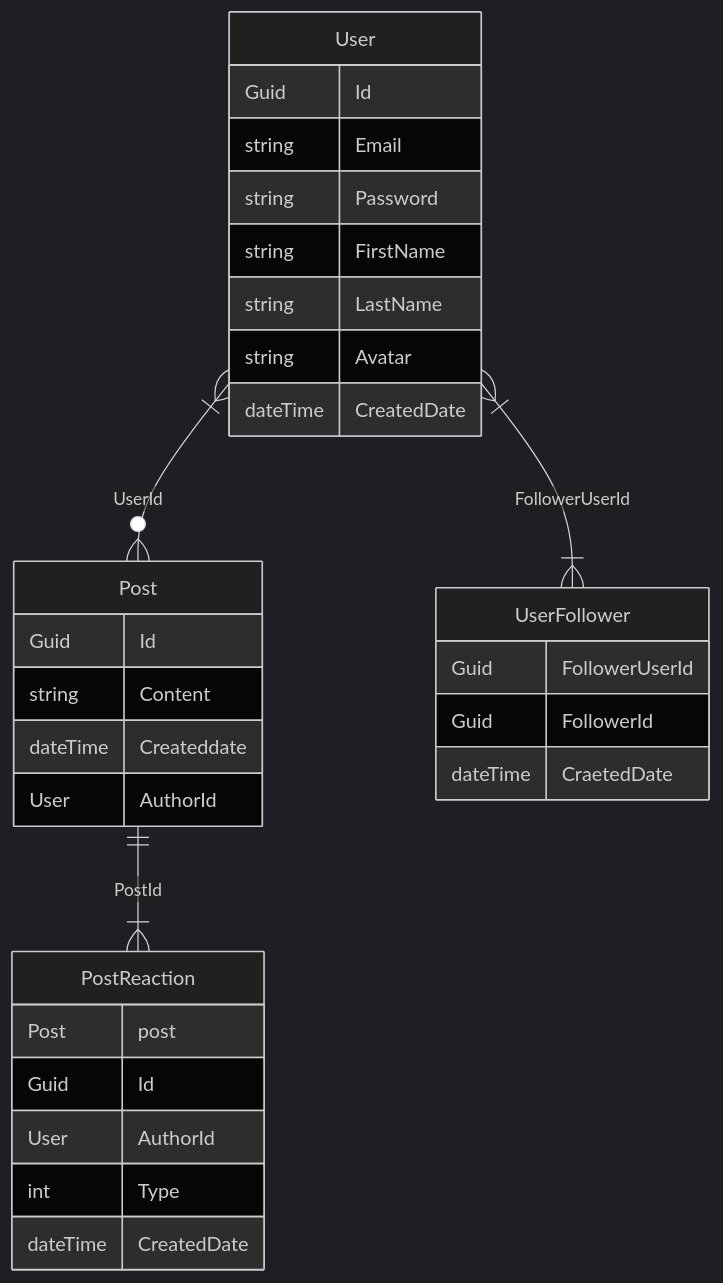
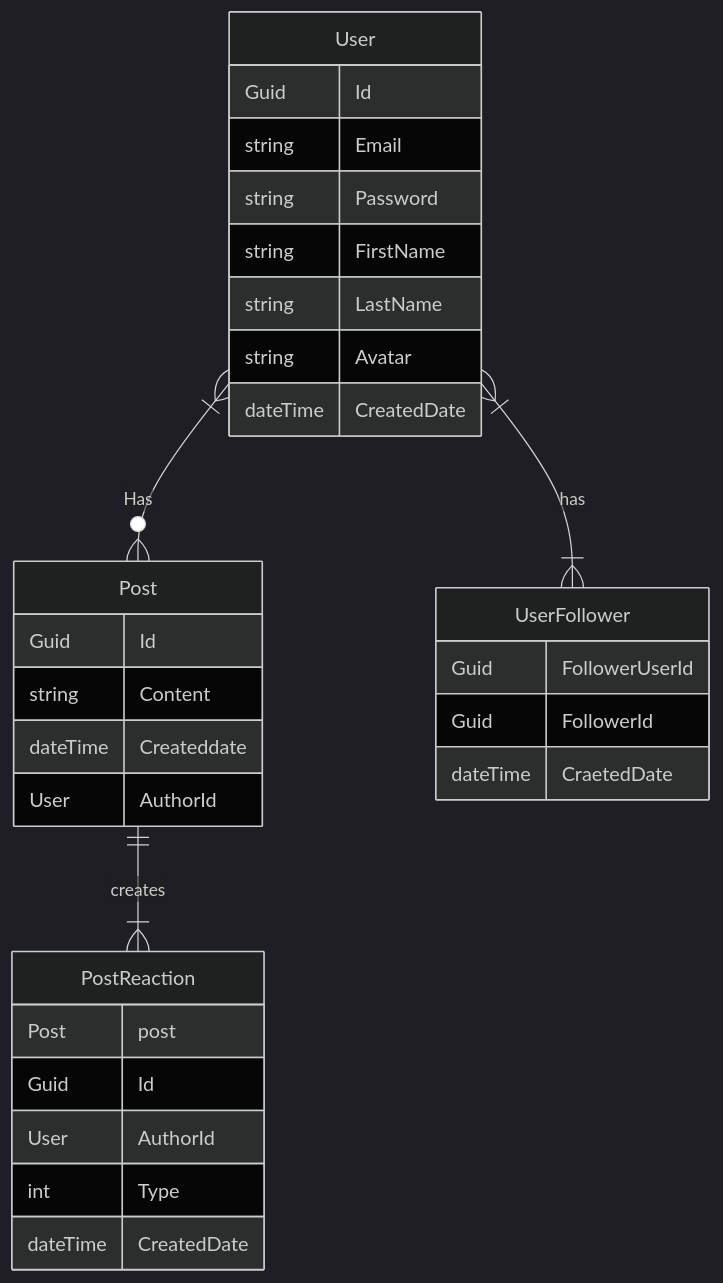
One commit to sobuse/InstagramClone changed the diagram in src/InstagramClone.Api/Entities/InstagramClone.md. Above: the diagram before and after it, drawn with Mermaid (dark theme).

````diff
--- a/src/InstagramClone.Api/Entities/InstagramClone.md
+++ b/src/InstagramClone.Api/Entities/InstagramClone.md
@@ -3,38 +3,38 @@
 ```mermaid
 erDiagram
 
-    User |{--o{Post:UserId
-    Post ||--|{PostReaction: PostId
-    User}|--|{UserFollower: FollowerUserId
+    User |{--o{Post:Has
+    Post ||--|{PostReaction: creates 
+    User}|--|{UserFollower: has 
     User{
        Guid Id
        string Email
        string Password
        string FirstName
        string LastName
        string Avatar
        dateTime CreatedDate
     }
 
     UserFollower{
         Guid FollowerUserId
         Guid FollowerId
         dateTime CraetedDate
     }
 
     Post{
         Guid Id
         string Content
         dateTime Createddate
         User AuthorId
     }
 
     PostReaction{
         Post post
         Guid Id
         User AuthorId
         int Type
         dateTime CreatedDate
     }
 
 ```
````
